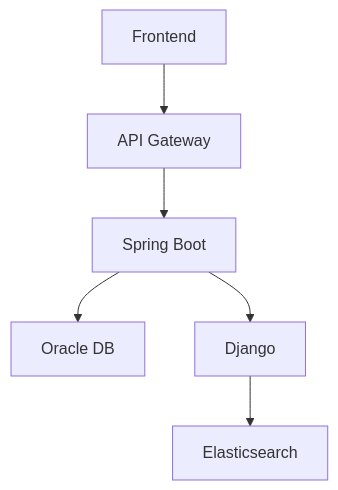
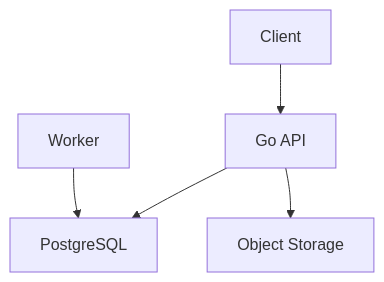
One commit to wooridoo/frontend changed the diagram in docs/templates/design.template.md. Above: the diagram before and after it, drawn with Mermaid. The commit also changed other lines of this file and 30 other files, not shown here.

````diff
--- a/docs/templates/design.template.md
+++ b/docs/templates/design.template.md
@@ -11,8 +12,7 @@
 ```mermaid
 graph TD
-    A[Frontend] --> B[API Gateway]
-    B --> C[Spring Boot]
-    C --> D[Oracle DB]
-    C --> E[Django]
-    E --> F[Elasticsearch]
+    A[Client] --> B[Go API]
+    B --> C[PostgreSQL]
+    B --> D[Object Storage]
+    E[Worker] --> C
 ```
````
